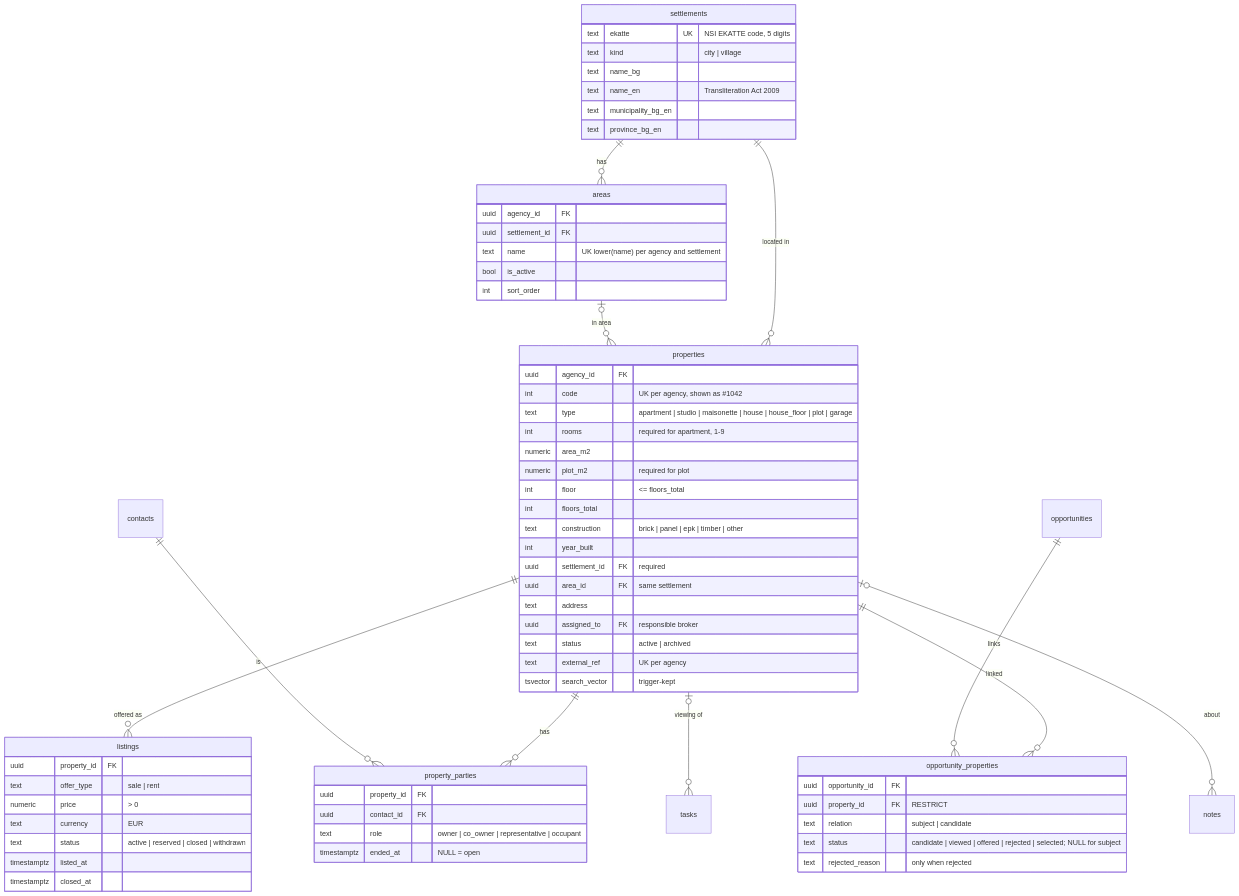
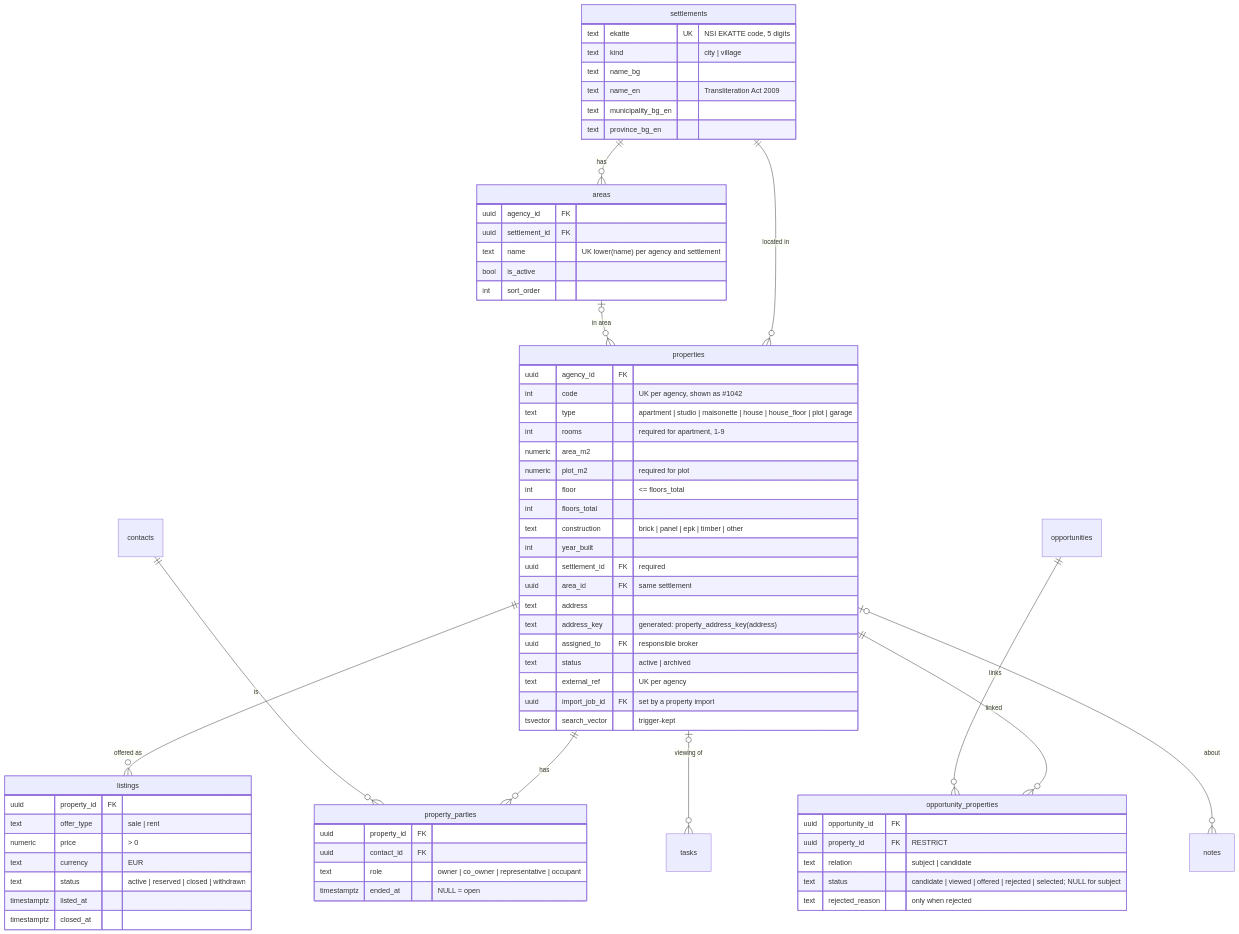
The eighth of 16 diagrams in docs/domain-model.md (dreaminglory/retail_broker_CRM), drawn with Mermaid before and after one commit. The commit also changed other lines of this file and 7 other files, not shown here.

First line of the commit message:
feat(property-import): schema, address key and audit job id (Task 1)

````diff
--- a/docs/domain-model.md
+++ b/docs/domain-model.md
@@ -345,70 +358,72 @@
 ```mermaid
 erDiagram
   settlements ||--o{ areas : "has"
   settlements ||--o{ properties : "located in"
   areas |o--o{ properties : "in area"
   properties ||--o{ listings : "offered as"
   properties ||--o{ property_parties : "has"
   contacts ||--o{ property_parties : "is"
   properties ||--o{ opportunity_properties : "linked"
   opportunities ||--o{ opportunity_properties : "links"
   properties |o--o{ tasks : "viewing of"
   properties |o--o{ notes : "about"
 
   settlements {
     text ekatte UK "NSI EKATTE code, 5 digits"
     text kind "city | village"
     text name_bg
     text name_en "Transliteration Act 2009"
     text municipality_bg_en
     text province_bg_en
   }
   areas {
     uuid agency_id FK
     uuid settlement_id FK
     text name "UK lower(name) per agency and settlement"
     bool is_active
     int sort_order
   }
   properties {
     uuid agency_id FK
     int code "UK per agency, shown as #1042"
     text type "apartment | studio | maisonette | house | house_floor | plot | garage"
     int rooms "required for apartment, 1-9"
     numeric area_m2
     numeric plot_m2 "required for plot"
     int floor "<= floors_total"
     int floors_total
     text construction "brick | panel | epk | timber | other"
     int year_built
     uuid settlement_id FK "required"
     uuid area_id FK "same settlement"
     text address
+    text address_key "generated: property_address_key(address)"
     uuid assigned_to FK "responsible broker"
     text status "active | archived"
     text external_ref "UK per agency"
+    uuid import_job_id FK "set by a property import"
     tsvector search_vector "trigger-kept"
   }
   listings {
     uuid property_id FK
     text offer_type "sale | rent"
     numeric price "> 0"
     text currency "EUR"
     text status "active | reserved | closed | withdrawn"
     timestamptz listed_at
     timestamptz closed_at
   }
   property_parties {
     uuid property_id FK
     uuid contact_id FK
     text role "owner | co_owner | representative | occupant"
     timestamptz ended_at "NULL = open"
   }
   opportunity_properties {
     uuid opportunity_id FK
     uuid property_id FK "RESTRICT"
     text relation "subject | candidate"
     text status "candidate | viewed | offered | rejected | selected; NULL for subject"
     text rejected_reason "only when rejected"
   }
 ```
````
